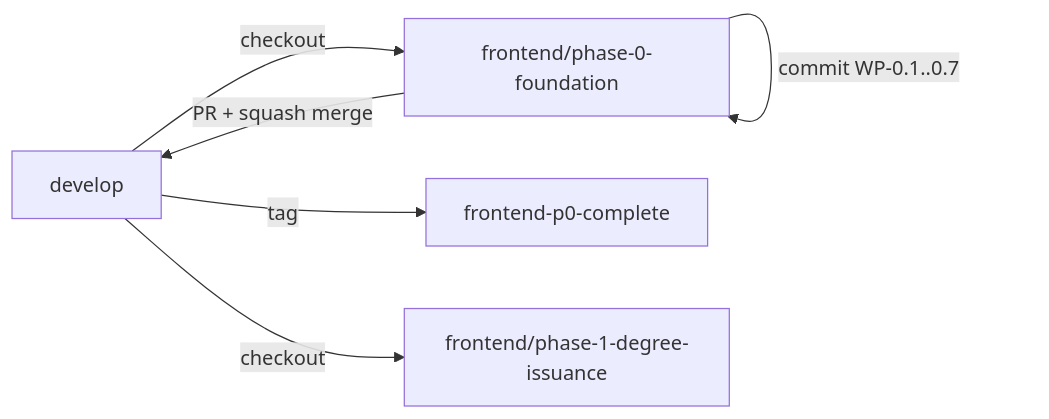
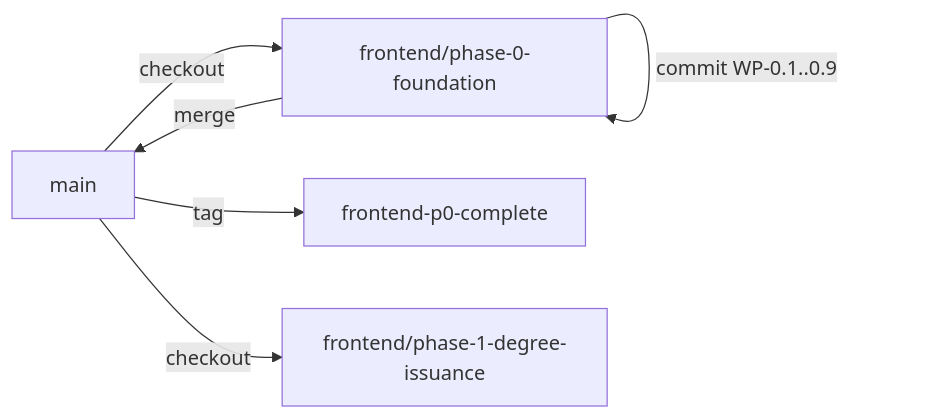
One commit to Gillyodas/chaindegree changed the first of 2 diagrams in docs/frontend-implementation-plan.md. Above: the diagram before and after it, drawn with Mermaid. The commit also changed other lines of this file, not shown here.

Commit message:
docs(frontend): update frontend implementation plan branch strategy to checkout from main

````diff
--- a/docs/frontend-implementation-plan.md
+++ b/docs/frontend-implementation-plan.md
@@ -57,8 +56,8 @@
 ```mermaid
 graph LR
-    D[develop] -->|checkout| P0["frontend/phase-0-foundation"]
-    P0 -->|commit WP-0.1..0.7| P0
-    P0 -->|PR + squash merge| D
-    D -->|tag| T0["frontend-p0-complete"]
-    D -->|checkout| P1["frontend/phase-1-degree-issuance"]
+    M[main] -->|checkout| P0["frontend/phase-0-foundation"]
+    P0 -->|commit WP-0.1..0.9| P0
+    P0 -->|merge| M
+    M -->|tag| T0["frontend-p0-complete"]
+    M -->|checkout| P1["frontend/phase-1-degree-issuance"]
 ```
````
